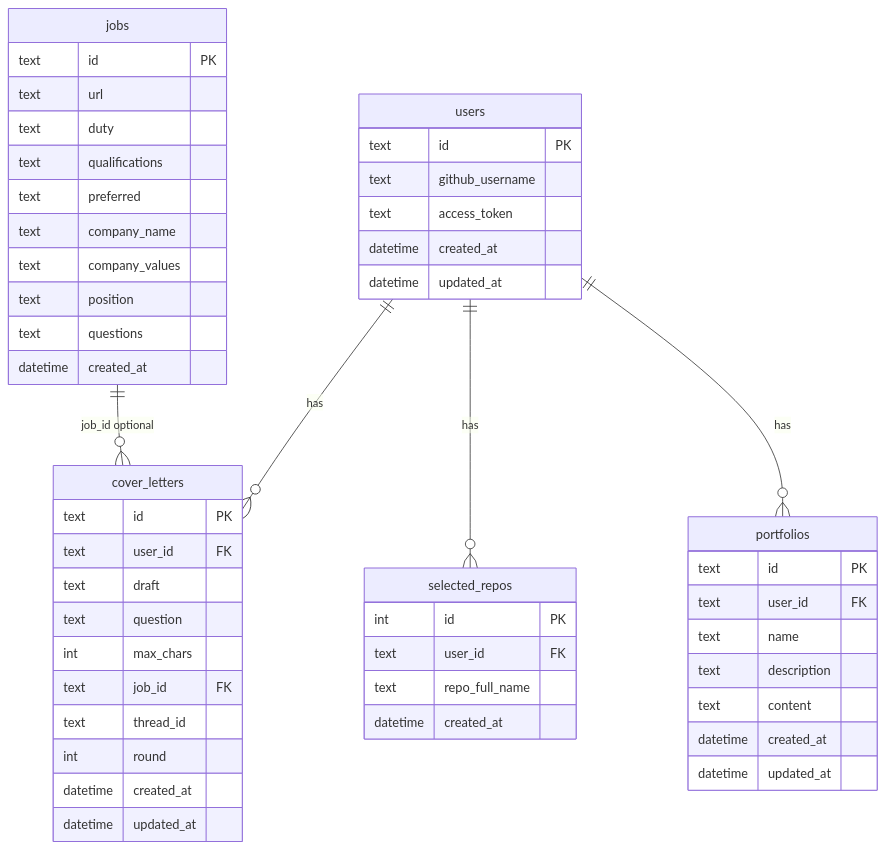
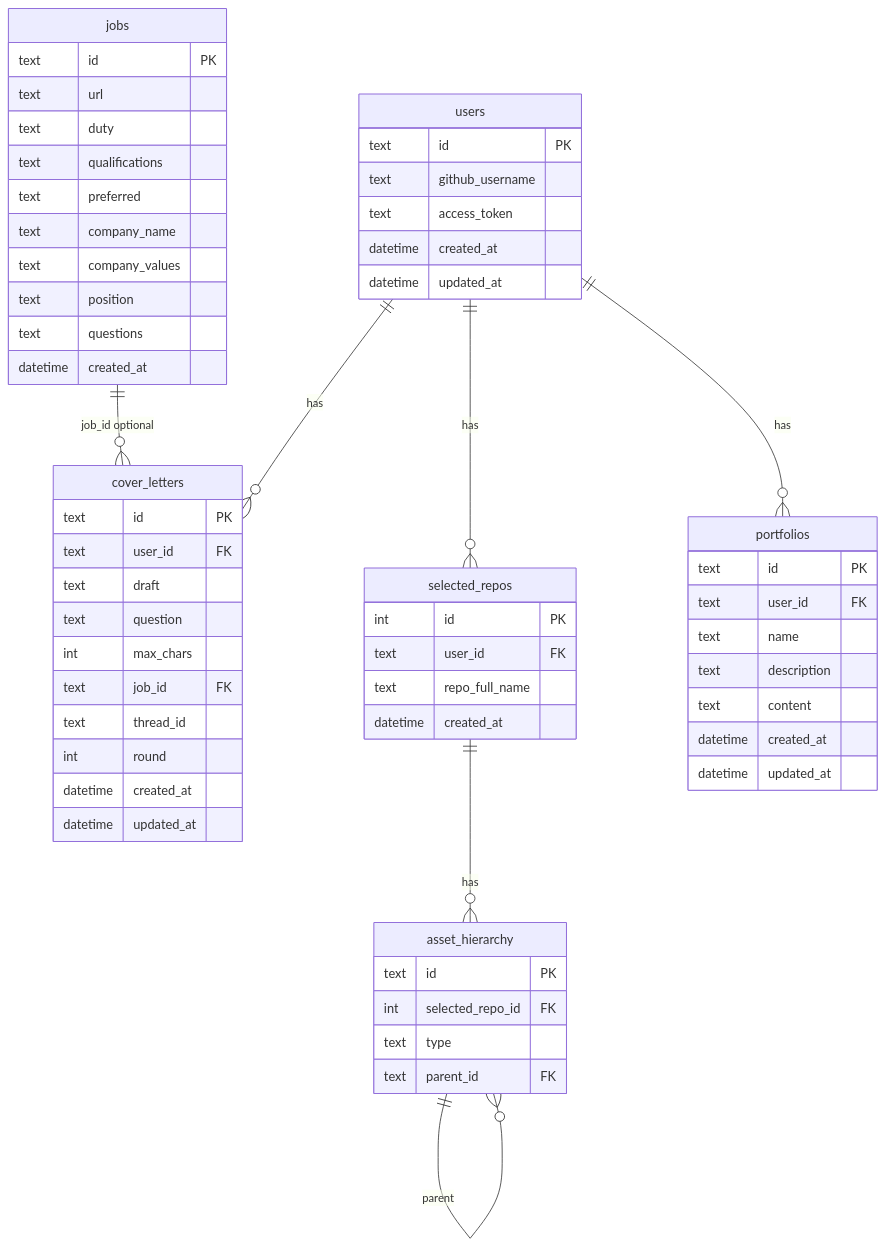
One commit to kocory1/AutoPolio changed the diagram in docs/AUTOFOLIO_DB_스키마_설계.md. Above: the diagram before and after it, drawn with Mermaid. The commit also changed other lines of this file, not shown here.

First line of the commit message:
docs: asset_hierarchy 테이블 추가 (RAPTOR 계층, selected_repo_id FK, parent_id 자기참조)

````diff
--- a/docs/AUTOFOLIO_DB_스키마_설계.md
+++ b/docs/AUTOFOLIO_DB_스키마_설계.md
@@ -185,58 +198,67 @@
 ```mermaid
 erDiagram
     users ||--o{ cover_letters : has
     users ||--o{ selected_repos : has
     users ||--o{ portfolios : has
+    selected_repos ||--o{ asset_hierarchy : has
+    asset_hierarchy ||--o{ asset_hierarchy : parent
     jobs ||--o{ cover_letters : "job_id optional"
 
     users {
         text id PK
         text github_username
         text access_token
         datetime created_at
         datetime updated_at
     }
 
     cover_letters {
         text id PK
         text user_id FK
         text draft
         text question
         int max_chars
         text job_id FK
         text thread_id
         int round
         datetime created_at
         datetime updated_at
     }
 
     jobs {
         text id PK
         text url
         text duty
         text qualifications
         text preferred
         text company_name
         text company_values
         text position
         text questions
         datetime created_at
     }
 
     selected_repos {
         int id PK
         text user_id FK
         text repo_full_name
         datetime created_at
     }
 
+    asset_hierarchy {
+        text id PK
+        int selected_repo_id FK
+        text type
+        text parent_id FK
+    }
+
     portfolios {
         text id PK
         text user_id FK
         text name
         text description
         text content
         datetime created_at
         datetime updated_at
     }
 ```
````
